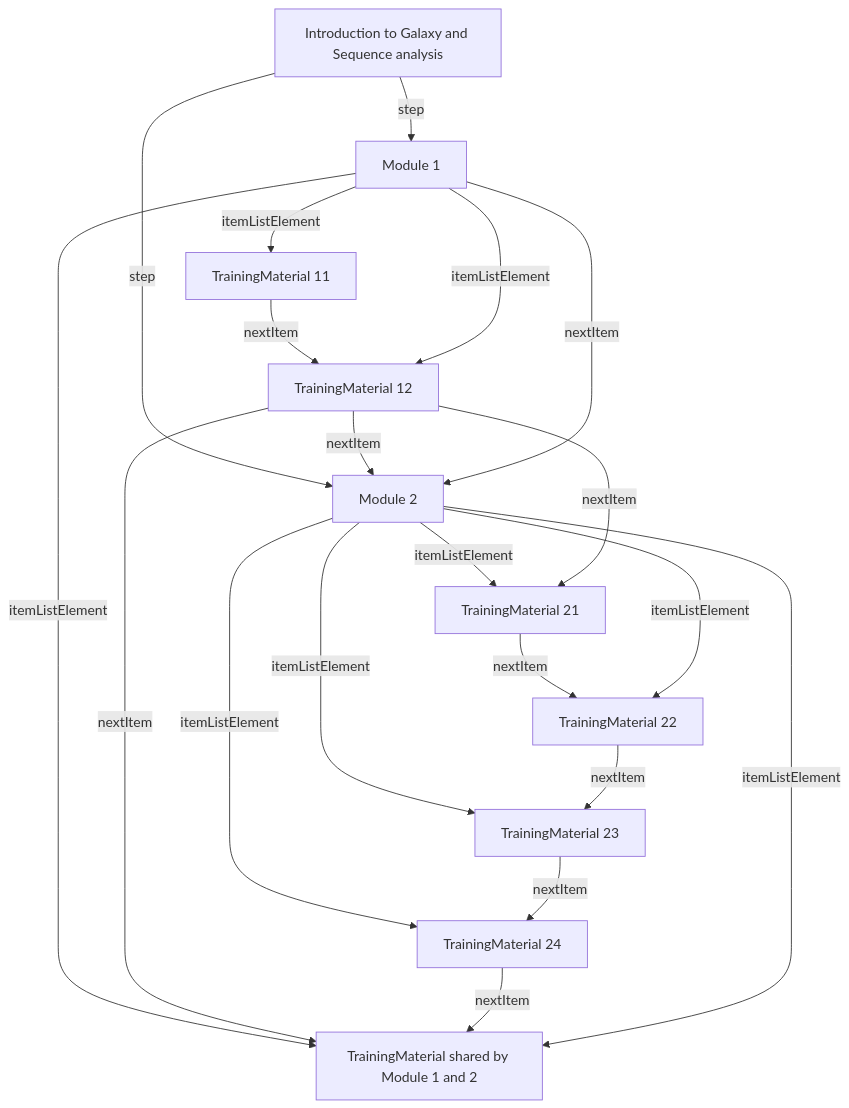
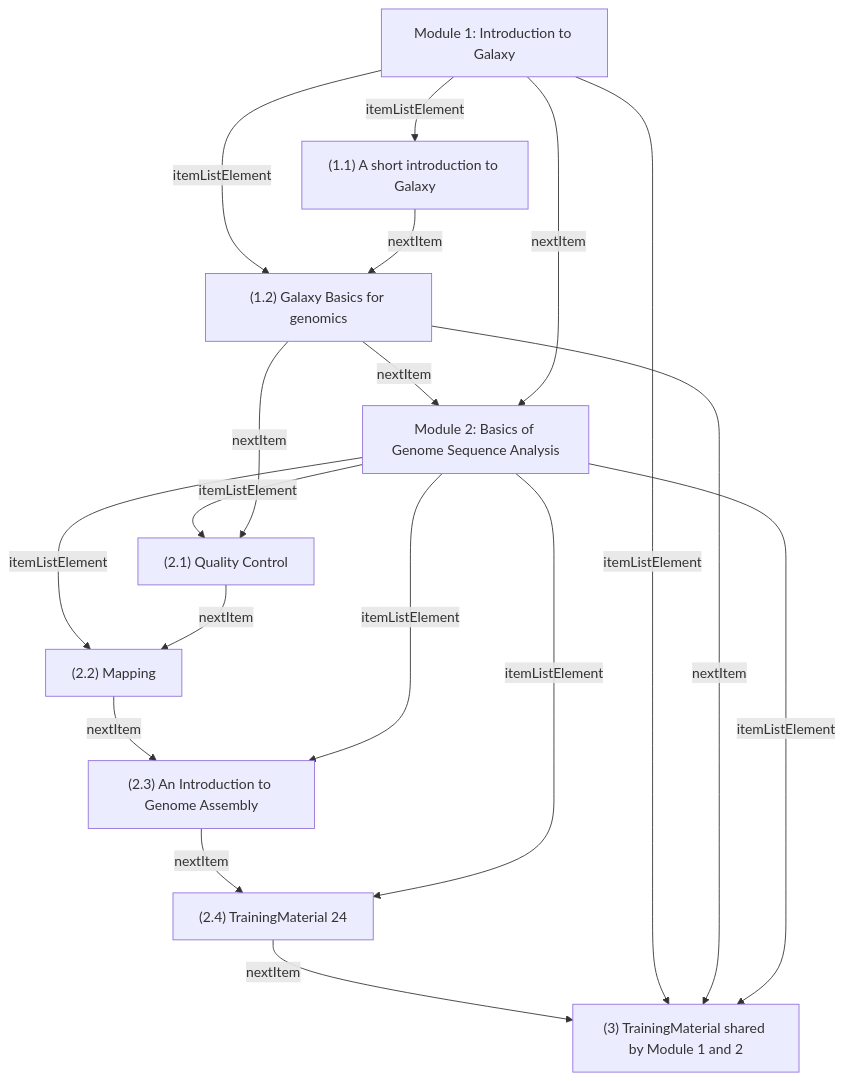
One commit to BioSchemas/LearningPath-sandbox changed the first of 2 diagrams in README.md. Above: the diagram before and after it, drawn with Mermaid. The commit also changed other lines of this file and 3 other files, not shown here.

````diff
--- a/README.md
+++ b/README.md
@@ -58,60 +61,54 @@
 ```mermaid
 graph TD
-N1["Module 1"]
-N9["TrainingMaterial shared by Module 1 and 2"]
+N2["Module 2: Basics of Genome Sequence Analysis"]
+N6["(2.2) Mapping"]
+N2 -- itemListElement --> N6
+N6["(2.2) Mapping"]
+N7["(2.3) An Introduction to Genome Assembly"]
+N6 -- nextItem --> N7
+N2["Module 2: Basics of Genome Sequence Analysis"]
+N5["(2.1) Quality Control"]
+N2 -- itemListElement --> N5
+N8["(2.4) TrainingMaterial 24"]
+N9["(3) TrainingMaterial shared by Module 1 and 2"]
+N8 -- nextItem --> N9
+N1["Module 1: Introduction to Galaxy"]
+N9["(3) TrainingMaterial shared by Module 1 and 2"]
 N1 -- itemListElement --> N9
-N2["Module 2"]
-N5["TrainingMaterial 21"]
-N2 -- itemListElement --> N5
-N2["Module 2"]
-N8["TrainingMaterial 24"]
+N4["(1.2) Galaxy Basics for genomics"]
+N9["(3) TrainingMaterial shared by Module 1 and 2"]
+N4 -- nextItem --> N9
+N1["Module 1: Introduction to Galaxy"]
+N4["(1.2) Galaxy Basics for genomics"]
+N1 -- itemListElement --> N4
+N4["(1.2) Galaxy Basics for genomics"]
+N2["Module 2: Basics of Genome Sequence Analysis"]
+N4 -- nextItem --> N2
+N4["(1.2) Galaxy Basics for genomics"]
+N5["(2.1) Quality Control"]
+N4 -- nextItem --> N5
+N1["Module 1: Introduction to Galaxy"]
+N2["Module 2: Basics of Genome Sequence Analysis"]
+N1 -- nextItem --> N2
+N3["(1.1) A short introduction to Galaxy"]
+N4["(1.2) Galaxy Basics for genomics"]
+N3 -- nextItem --> N4
+N7["(2.3) An Introduction to Genome Assembly"]
+N8["(2.4) TrainingMaterial 24"]
+N7 -- nextItem --> N8
+N2["Module 2: Basics of Genome Sequence Analysis"]
+N7["(2.3) An Introduction to Genome Assembly"]
+N2 -- itemListElement --> N7
+N2["Module 2: Basics of Genome Sequence Analysis"]
+N9["(3) TrainingMaterial shared by Module 1 and 2"]
+N2 -- itemListElement --> N9
+N2["Module 2: Basics of Genome Sequence Analysis"]
+N8["(2.4) TrainingMaterial 24"]
 N2 -- itemListElement --> N8
-N4["TrainingMaterial 12"]
-N9["TrainingMaterial shared by Module 1 and 2"]
-N4 -- nextItem --> N9
-N0["Introduction to Galaxy and Sequence analysis"]
-N2["Module 2"]
-N0 -- step --> N2
-N4["TrainingMaterial 12"]
-N2["Module 2"]
-N4 -- nextItem --> N2
-N1["Module 1"]
-N2["Module 2"]
-N1 -- nextItem --> N2
-N7["TrainingMaterial 23"]
-N8["TrainingMaterial 24"]
-N7 -- nextItem --> N8
-N5["TrainingMaterial 21"]
-N6["TrainingMaterial 22"]
+N5["(2.1) Quality Control"]
+N6["(2.2) Mapping"]
 N5 -- nextItem --> N6
-N2["Module 2"]
-N6["TrainingMaterial 22"]
-N2 -- itemListElement --> N6
-N3["TrainingMaterial 11"]
-N4["TrainingMaterial 12"]
-N3 -- nextItem --> N4
-N4["TrainingMaterial 12"]
-N5["TrainingMaterial 21"]
-N4 -- nextItem --> N5
-N2["Module 2"]
-N7["TrainingMaterial 23"]
-N2 -- itemListElement --> N7
-N8["TrainingMaterial 24"]
-N9["TrainingMaterial shared by Module 1 and 2"]
-N8 -- nextItem --> N9
-N6["TrainingMaterial 22"]
-N7["TrainingMaterial 23"]
-N6 -- nextItem --> N7
-N2["Module 2"]
-N9["TrainingMaterial shared by Module 1 and 2"]
-N2 -- itemListElement --> N9
-N1["Module 1"]
-N4["TrainingMaterial 12"]
-N1 -- itemListElement --> N4
-N1["Module 1"]
-N3["TrainingMaterial 11"]
+N1["Module 1: Introduction to Galaxy"]
+N3["(1.1) A short introduction to Galaxy"]
 N1 -- itemListElement --> N3
-N0["Introduction to Galaxy and Sequence analysis"]
-N1["Module 1"]
-N0 -- step --> N1
 ```
````
